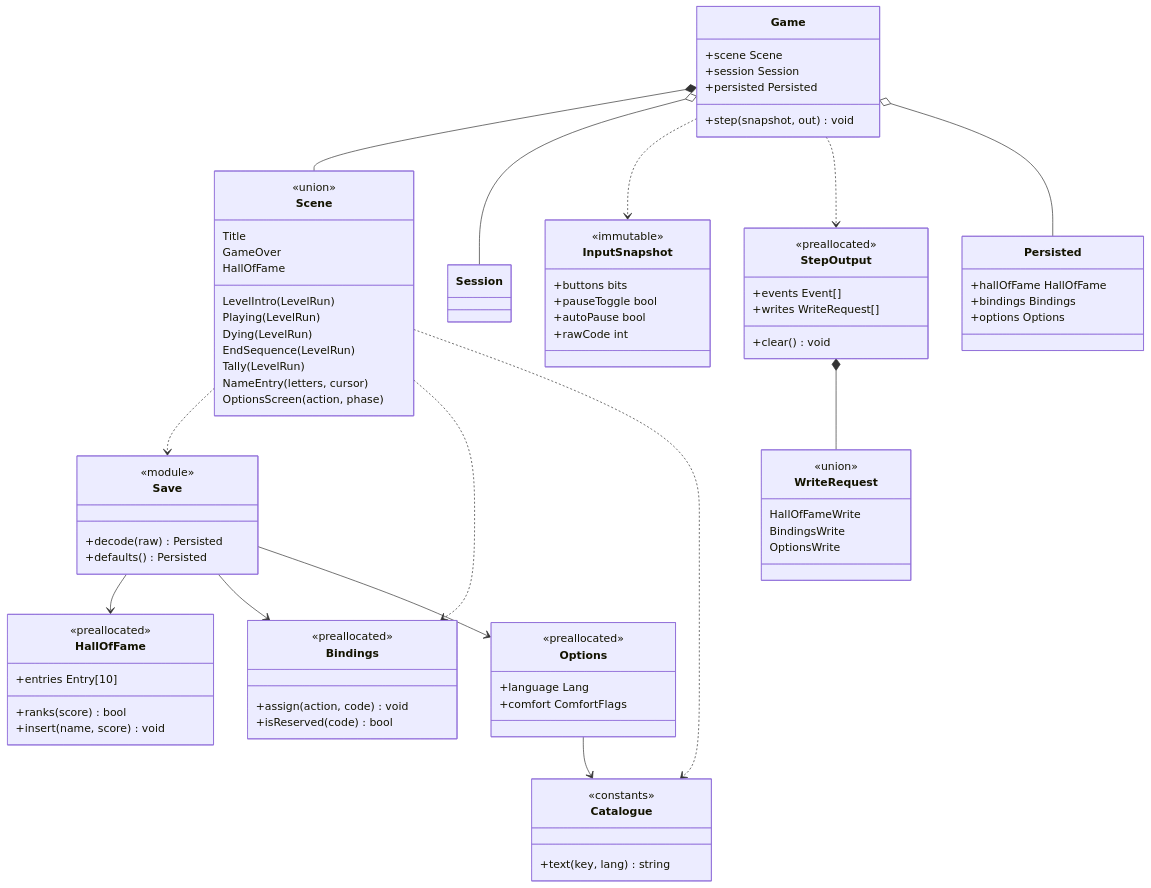
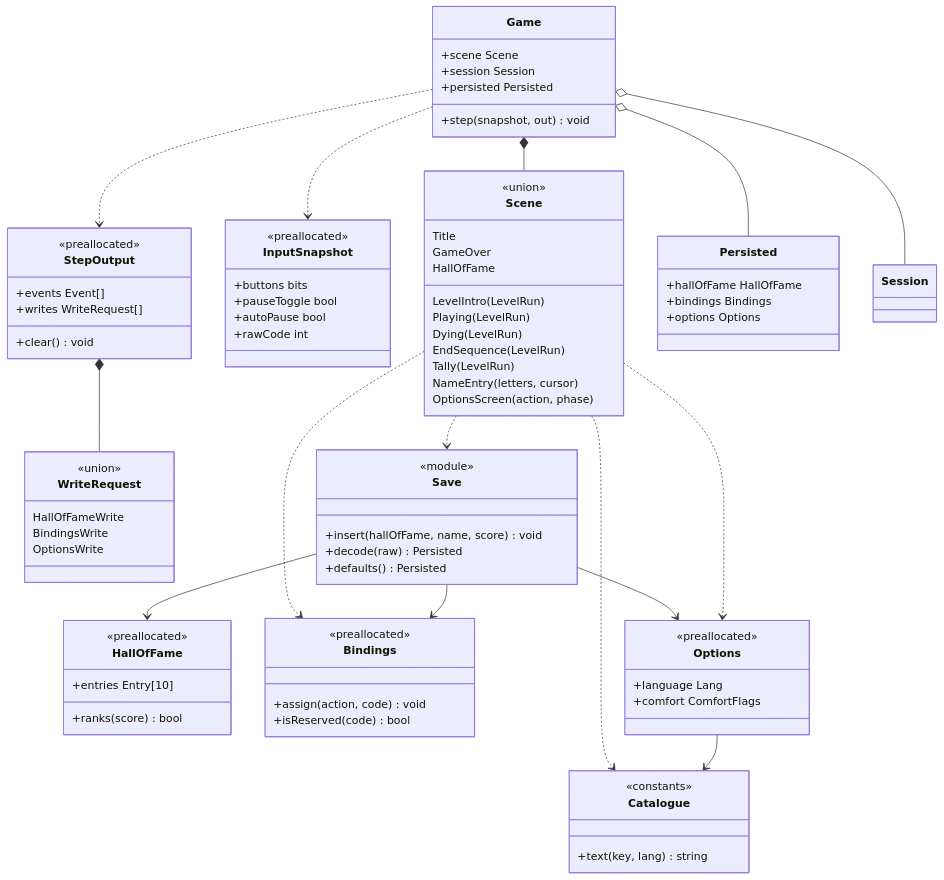
Before and after one commit to benoit-bremaud/retro-plumber: the diagram in docs/architecture/diagrams/meta/15-class-meta.md, drawn with Mermaid. The commit also changed other lines of this file and 1 other file, not shown here.

Commit message:
docs(uml): Save.insert, reusable InputSnapshot, scene-options link, diagram 16 trace (#8)

````diff
--- a/docs/architecture/diagrams/meta/15-class-meta.md
+++ b/docs/architecture/diagrams/meta/15-class-meta.md
@@ -33,7 +33,7 @@
         OptionsScreen(action, phase)
     }
     class InputSnapshot {
-        <<immutable>>
+        <<preallocated>>
         +buttons bits
         +pauseToggle bool
         +autoPause bool
@@ -58,6 +58,7 @@
     }
     class Save {
         <<module>>
+        +insert(hallOfFame, name, score) void
         +decode(raw) Persisted
         +defaults() Persisted
     }
@@ -65,7 +66,6 @@
         <<preallocated>>
         +entries Entry[10]
         +ranks(score) bool
-        +insert(name, score) void
     }
     class Bindings {
         <<preallocated>>
@@ -93,5 +93,6 @@
     Save --> Bindings
     Save --> Options
     Scene ..> Catalogue
+    Scene ..> Options
     Options --> Catalogue
 ```
````
